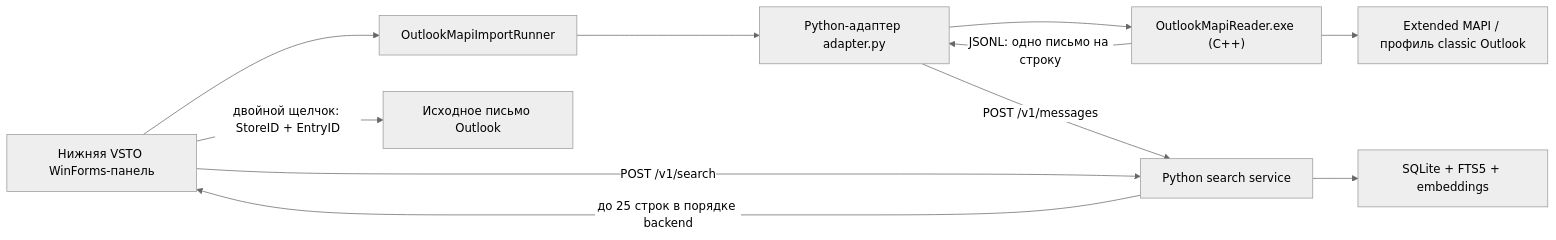
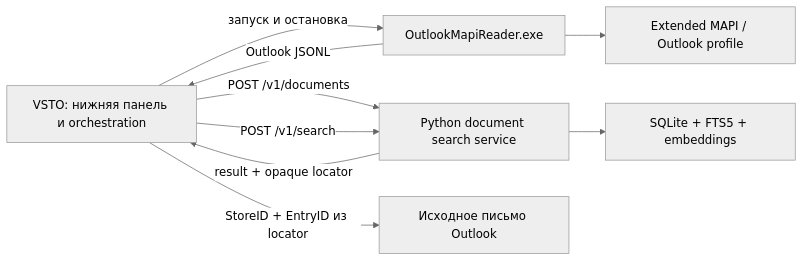
One commit to vladikMSU/RAGSearch changed the diagram in docs/ARCHITECTURE_AND_MAPI.md. Above: the diagram before and after it, drawn with Mermaid (neutral theme). The commit also changed other lines of this file and 28 other files, not shown here.

Commit message:
Replace Outlook adapter with direct document pipeline

````diff
--- a/docs/ARCHITECTURE_AND_MAPI.md
+++ b/docs/ARCHITECTURE_AND_MAPI.md
@@ -23,13 +20,18 @@
 ```mermaid
 flowchart LR
-    UI["Нижняя VSTO WinForms-панель"] --> R["OutlookMapiImportRunner"]
-    R --> A["Python-адаптер adapter.py"]
-    A --> N["OutlookMapiReader.exe (C++)"]
-    N --> M["Extended MAPI / профиль classic Outlook"]
-    N -- "JSONL: одно письмо на строку" --> A
-    A -- "POST /v1/messages" --> S["Python search service"]
-    S --> DB["SQLite + FTS5 + embeddings"]
-    UI -- "POST /v1/search" --> S
-    S -- "до 25 строк в порядке backend" --> UI
-    UI -- "двойной щелчок: StoreID + EntryID" --> O["Исходное письмо Outlook"]
+    UI["VSTO: нижняя панель и orchestration"]
+    CXX["OutlookMapiReader.exe"]
+    MAPI["Extended MAPI / Outlook profile"]
+    PY["Python document search service"]
+    DB["SQLite + FTS5 + embeddings"]
+    OUTLOOK["Исходное письмо Outlook"]
+
+    UI -- "запуск и остановка" --> CXX
+    CXX --> MAPI
+    CXX -- "Outlook JSONL" --> UI
+    UI -- "POST /v1/documents" --> PY
+    UI -- "POST /v1/search" --> PY
+    PY --> DB
+    PY -- "result + opaque locator" --> UI
+    UI -- "StoreID + EntryID из locator" --> OUTLOOK
 ```
````
